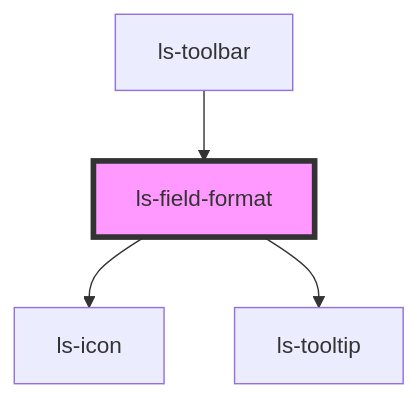
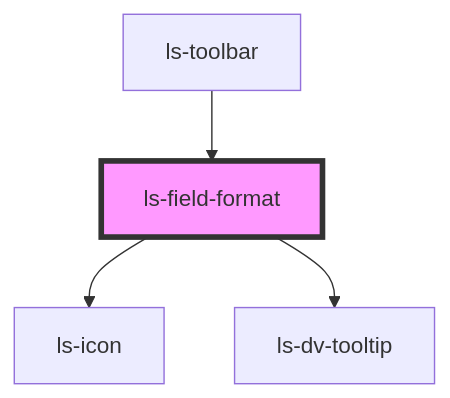
One commit to legalesign/ls-document-viewer changed the diagram in src/components/ls-field-format/readme.md. Above: the diagram before and after it, drawn with Mermaid. The commit also changed other lines of this file and 72 other files, not shown here.

````diff
--- a/src/components/ls-field-format/readme.md
+++ b/src/components/ls-field-format/readme.md
@@ -34,7 +34,7 @@
 ```mermaid
 graph TD;
   ls-field-format --> ls-icon
-  ls-field-format --> ls-tooltip
+  ls-field-format --> ls-dv-tooltip
   ls-toolbar --> ls-field-format
   style ls-field-format fill:#f9f,stroke:#333,stroke-width:4px
 ```
````
